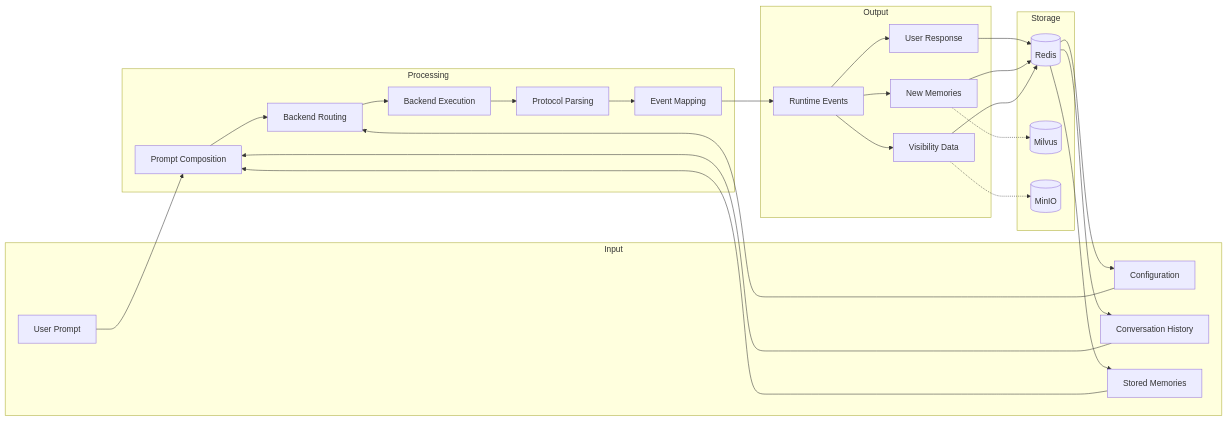
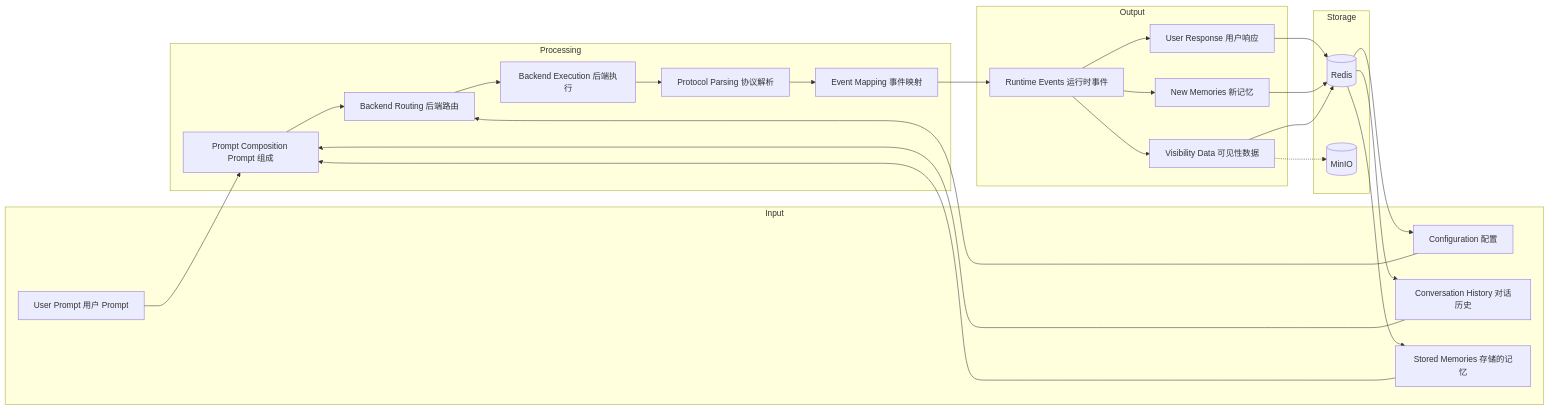
Before and after one commit to feuyeux/iota: the fourth of 6 diagrams in docs/guides/00-architecture-overview.md, drawn with Mermaid. The commit also changed other lines of this file and 66 other files, not shown here.

````diff
--- a/docs/guides/00-architecture-overview.md
+++ b/docs/guides/00-architecture-overview.md
@@ -781,55 +751,53 @@
 ```mermaid
 flowchart LR
     subgraph Input
-        UserPrompt[User Prompt]
-        Config[Configuration]
-        History[Conversation History]
-        Memories[Stored Memories]
+        UserPrompt[User Prompt 用户 Prompt]
+        Config[Configuration 配置]
+        History[Conversation History 对话历史]
+        Memories[Stored Memories 存储的记忆]
     end
-    
+
     subgraph Processing
-        Compose[Prompt Composition]
-        Route[Backend Routing]
-        Execute[Backend Execution]
-        Parse[Protocol Parsing]
-        Map[Event Mapping]
+        Compose[Prompt Composition Prompt 组成]
+        Route[Backend Routing 后端路由]
+        Execute[Backend Execution 后端执行]
+        Parse[Protocol Parsing 协议解析]
+        Map[Event Mapping 事件映射]
     end
-    
+
     subgraph Output
-        Events[Runtime Events]
-        Response[User Response]
-        NewMemories[New Memories]
-        Visibility[Visibility Data]
+        Events[Runtime Events 运行时事件]
+        Response[User Response 用户响应]
+        NewMemories[New Memories 新记忆]
+        Visibility[Visibility Data 可见性数据]
     end
-    
+
     subgraph Storage
         Redis[(Redis)]
-        Milvus[(Milvus)]
         MinIO[(MinIO)]
     end
-    
+
     UserPrompt --> Compose
     Config --> Route
     History --> Compose
     Memories --> Compose
-    
+
     Compose --> Route
     Route --> Execute
     Execute --> Parse
     Parse --> Map
-    
+
     Map --> Events
     Events --> Response
     Events --> NewMemories
     Events --> Visibility
-    
+
     Response --> Redis
     NewMemories --> Redis
-    NewMemories -.-> Milvus
     Visibility --> Redis
     Visibility -.-> MinIO
-    
+
     Redis --> History
     Redis --> Memories
     Redis --> Config
 ```
````
